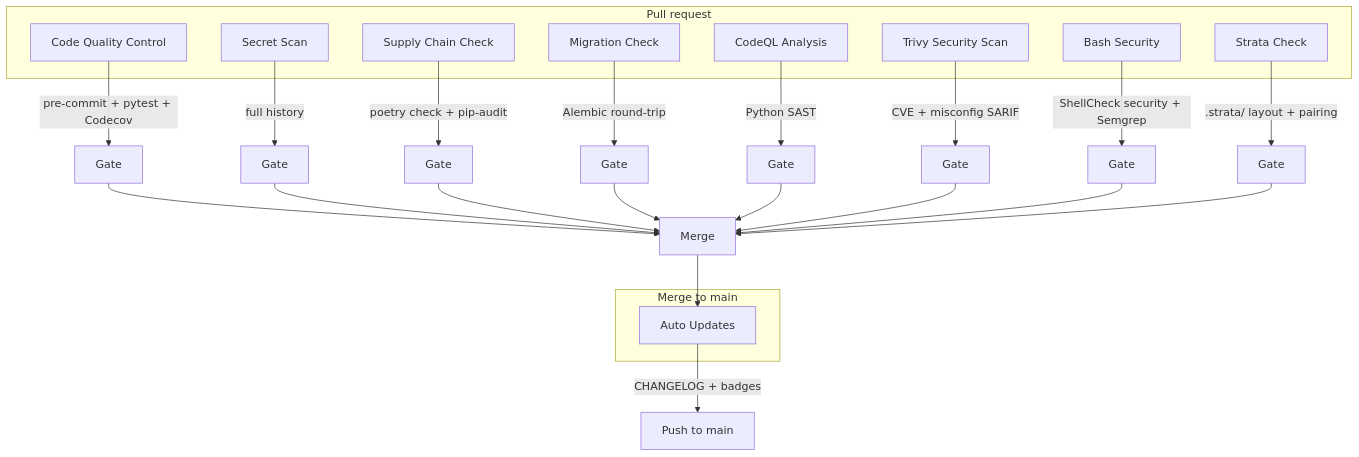
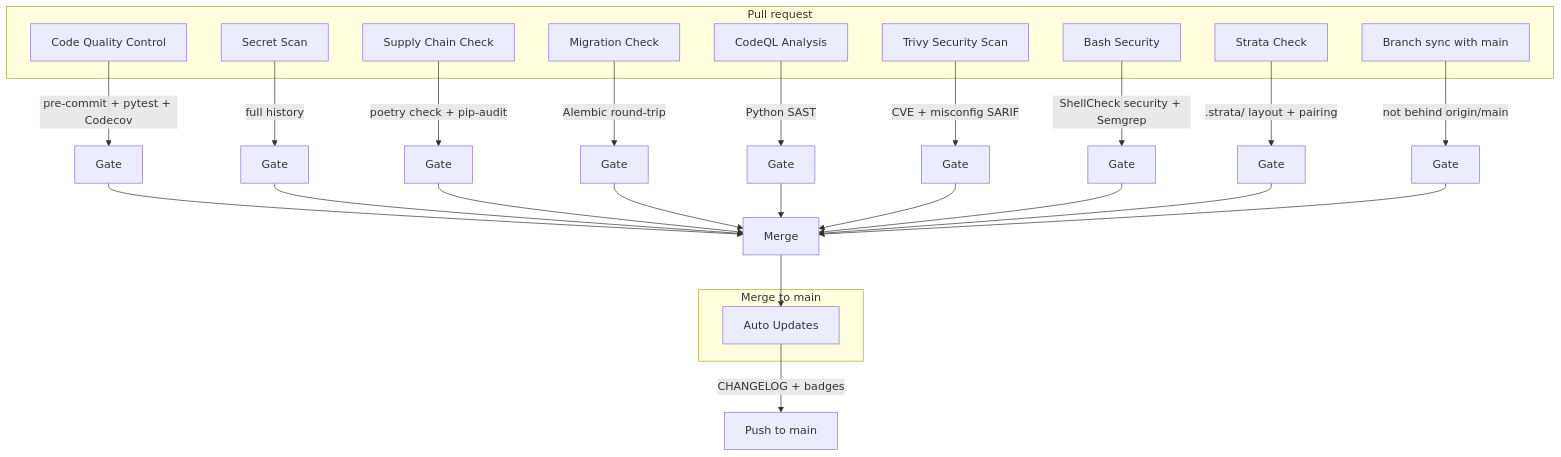
The diagram in .github/CI.md (Elmorralito/save-ma-money), drawn with Mermaid before and after one commit. The commit also changed other lines of this file and 6 other files, not shown here.

````diff
--- a/.github/CI.md
+++ b/.github/CI.md
@@ -38,30 +38,32 @@
 ```mermaid
 flowchart TB
     subgraph pr [Pull request]
         QC[Code Quality Control]
         GL[Secret Scan]
         SC[Supply Chain Check]
         MC[Migration Check]
         CQ[CodeQL Analysis]
         TR[Trivy Security Scan]
         BS[Bash Security]
         ST[Strata Check]
+        SYN[Branch sync with main]
     end
 
     subgraph main [Merge to main]
         AU[Auto Updates]
     end
 
     QC --> |pre-commit + pytest + Codecov| Pass1[Gate]
     GL --> |full history| Pass2[Gate]
     SC --> |poetry check + pip-audit| Pass3[Gate]
     MC --> |Alembic round-trip| Pass4[Gate]
     CQ --> |Python SAST| Pass5[Gate]
     TR --> |CVE + misconfig SARIF| Pass6[Gate]
     BS --> |ShellCheck security + Semgrep| Pass7[Gate]
     ST --> |.strata/ layout + pairing| Pass8[Gate]
+    SYN --> |not behind origin/main| Pass9[Gate]
 
-    Pass1 & Pass2 & Pass3 & Pass4 & Pass5 & Pass6 & Pass7 & Pass8 --> Merge[Merge]
+    Pass1 & Pass2 & Pass3 & Pass4 & Pass5 & Pass6 & Pass7 & Pass8 & Pass9 --> Merge[Merge]
     Merge --> AU
     AU --> |CHANGELOG + badges| Push[Push to main]
 ```
````
